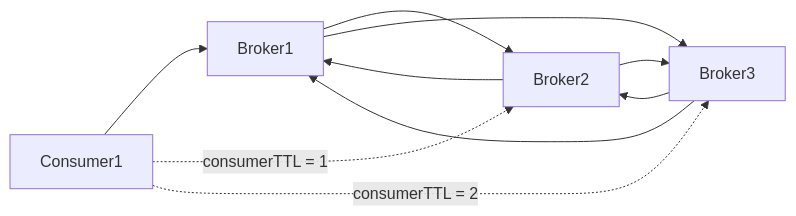
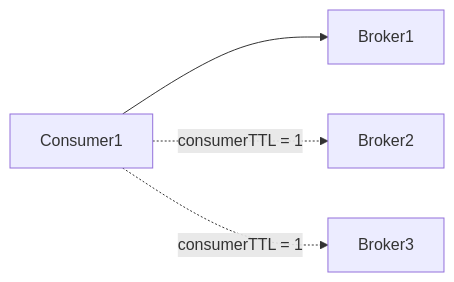
The diagram in mermaidjs/consumerttl.mmd (aws-samples/amazon-mq-workshop), drawn with Mermaid before and after one commit. The commit also changed 3 other files, not shown here.

```diff
--- a/mermaidjs/consumerttl.mmd
+++ b/mermaidjs/consumerttl.mmd
@@ -1,11 +1,5 @@
 graph LR
-    B1[Broker1]-->B2[Broker2]
-    B2[Broker2]-->B1[Broker1]
-    B2[Broker2]-->B3[Broker3]
-    B3[Broker3]-->B2[Broker2]
-    B3[Broker3]-->B1[Broker1]
-    B1[Broker1]-->B3[Broker3]
     C1[Consumer1]
     C1-->B1[Broker1];
     C1-. consumerTTL = 1 .->B2[Broker2]
-    C1-. consumerTTL = 2 .->B3[Broker3]
+    C1-. consumerTTL = 1 .->B3[Broker3]
```
